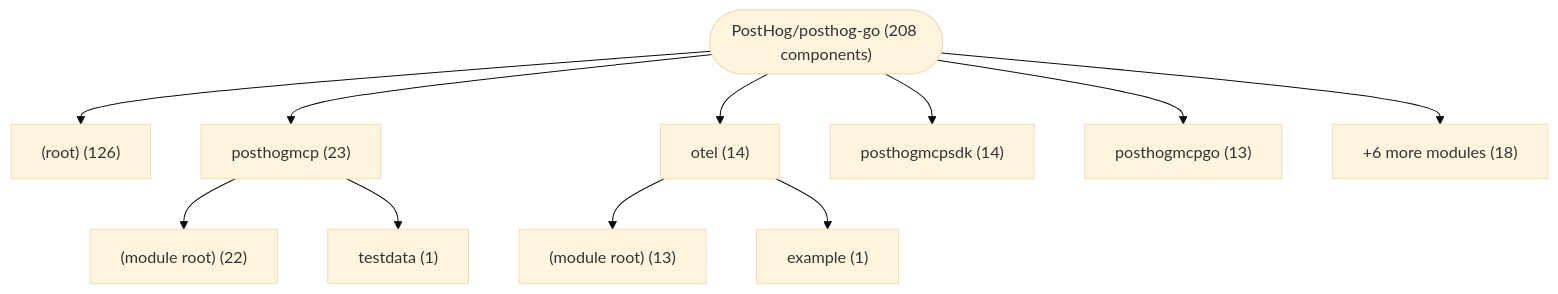
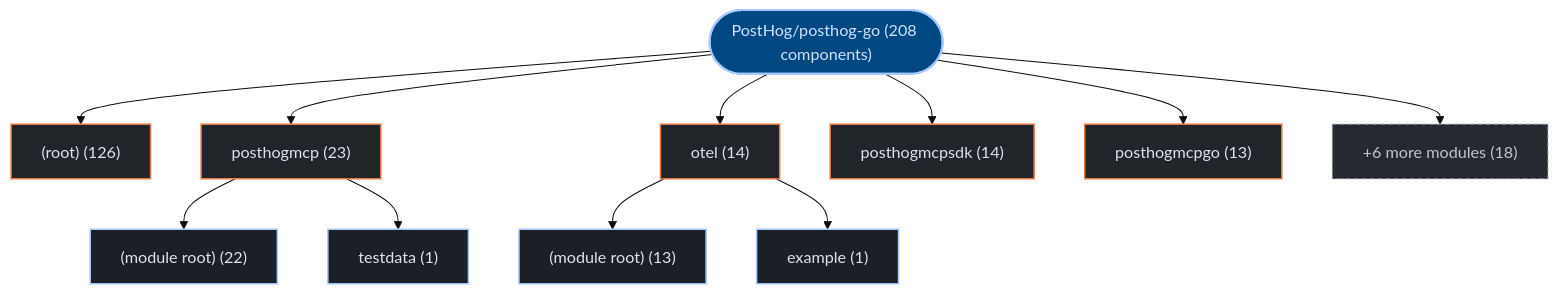
One commit to kumarshaz/atruss-code-atlas changed the first of 3 diagrams in exports/latest/reports/PostHog-posthog-go-report.md. Above: the diagram before and after it, drawn with Mermaid (base theme). The commit also changed other lines of this file and 331 other files, not shown here.

Commit message:
docs,ui,fix: update SDLC docs, reorder CI/CD DAG first, stylize Mermaid, and fix Arc42 pipeline topology

````diff
--- a/exports/latest/reports/PostHog-posthog-go-report.md
+++ b/exports/latest/reports/PostHog-posthog-go-report.md
@@ -42,24 +42,31 @@
 ```mermaid
 graph TD;
-    repo_root(["PostHog/posthog-go (208 components)"])
-    dir_0__root_["(root) (126)"]
+  classDef atlasRoot fill:#004882,stroke:#a3c9ff,stroke-width:2px,color:#d3e4ff
+  classDef atlasCategory fill:#212428,stroke:#E87A48,stroke-width:1.5px,color:#dfe3eb
+  classDef atlasWorkflow fill:#1b2026,stroke:#a3c9ff,stroke-width:1.5px,color:#dfe3eb
+  classDef atlasJob fill:#171c22,stroke:#8d9199,stroke-width:1px,color:#dfe3eb
+  classDef atlasTarget fill:#005227,stroke:#8bd99b,stroke-width:1.5px,color:#a7f6b6
+  classDef atlasAlert fill:#93000a,stroke:#ffb4ab,stroke-width:1.5px,color:#ffdad6
+  classDef atlasMore fill:#252a31,stroke:#8d9199,stroke-dasharray:4 4,color:#c3c6cf
+    repo_root(["PostHog/posthog-go (208 components)"]):::atlasRoot
+    dir_0__root_["(root) (126)"]:::atlasCategory
     repo_root --> dir_0__root_
-    dir_1_posthogmcp["posthogmcp (23)"]
+    dir_1_posthogmcp["posthogmcp (23)"]:::atlasCategory
     repo_root --> dir_1_posthogmcp
-    sub_1_0__module_root_["(module root) (22)"]
+    sub_1_0__module_root_["(module root) (22)"]:::atlasWorkflow
     dir_1_posthogmcp --> sub_1_0__module_root_
-    sub_1_1_testdata["testdata (1)"]
+    sub_1_1_testdata["testdata (1)"]:::atlasWorkflow
     dir_1_posthogmcp --> sub_1_1_testdata
-    dir_2_otel["otel (14)"]
+    dir_2_otel["otel (14)"]:::atlasCategory
     repo_root --> dir_2_otel
-    sub_2_0__module_root_["(module root) (13)"]
+    sub_2_0__module_root_["(module root) (13)"]:::atlasWorkflow
     dir_2_otel --> sub_2_0__module_root_
-    sub_2_1_example["example (1)"]
+    sub_2_1_example["example (1)"]:::atlasWorkflow
     dir_2_otel --> sub_2_1_example
-    dir_3_posthogmcpsdk["posthogmcpsdk (14)"]
+    dir_3_posthogmcpsdk["posthogmcpsdk (14)"]:::atlasCategory
     repo_root --> dir_3_posthogmcpsdk
-    dir_4_posthogmcpgo["posthogmcpgo (13)"]
+    dir_4_posthogmcpgo["posthogmcpgo (13)"]:::atlasCategory
     repo_root --> dir_4_posthogmcpgo
-    dir_other_modules["+6 more modules (18)"]
+    dir_other_modules["+6 more modules (18)"]:::atlasMore
     repo_root --> dir_other_modules
 ```
````
